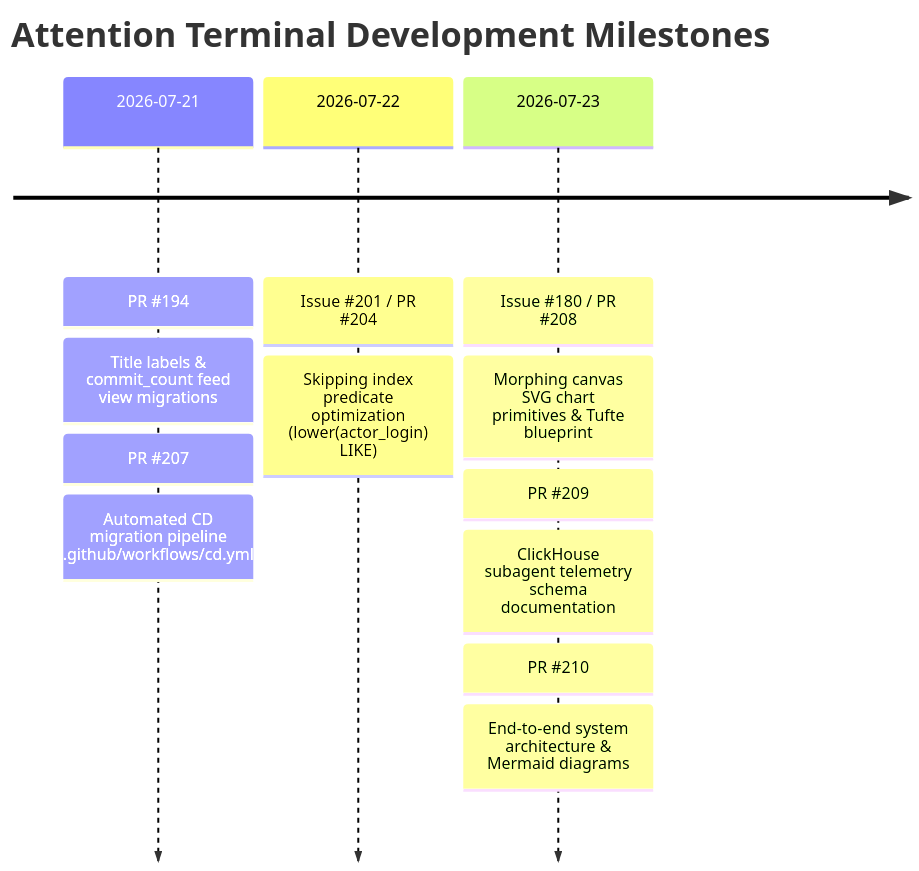
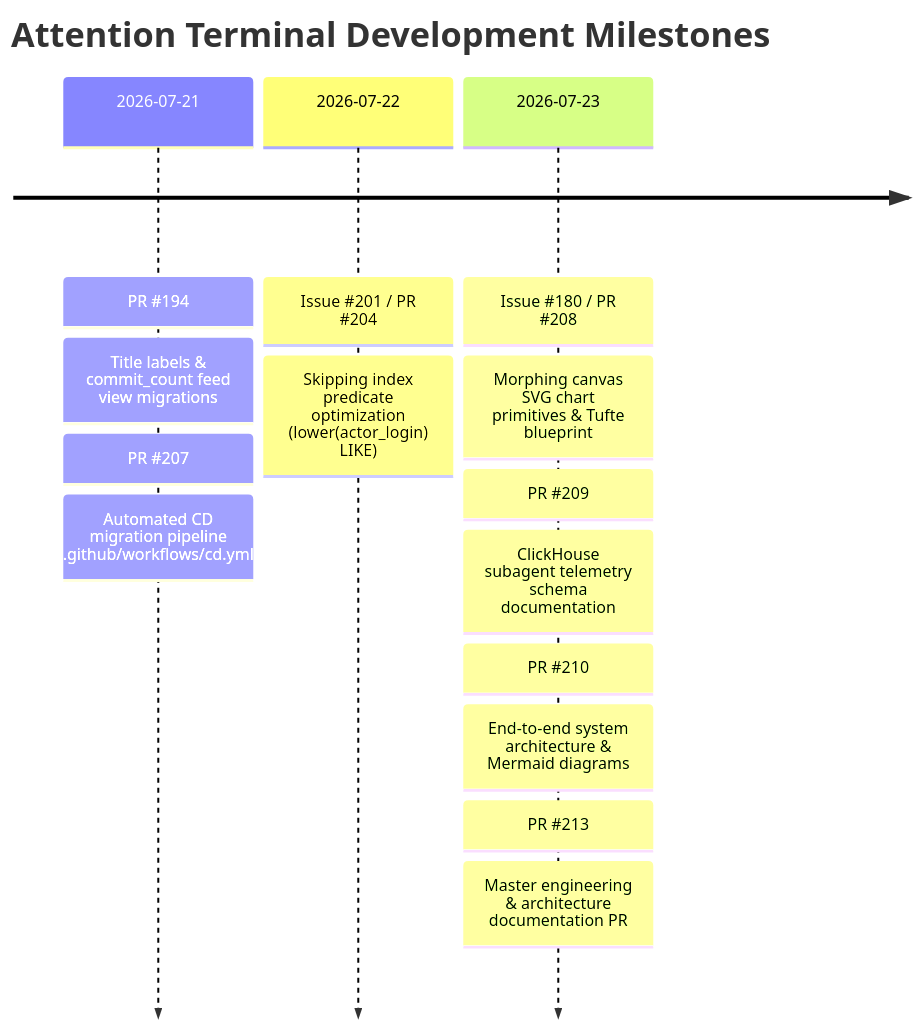
Before and after one commit to victoremnm/attention-terminal: the second of 2 diagrams in docs/product/PRODUCT-VISION-AND-METHODOLOGY.md, drawn with Mermaid. The commit also changed other lines of this file and 1 other file, not shown here.

````diff
--- a/docs/product/PRODUCT-VISION-AND-METHODOLOGY.md
+++ b/docs/product/PRODUCT-VISION-AND-METHODOLOGY.md
@@ -19,10 +69,11 @@
 ```mermaid
 timeline
     title Attention Terminal Development Milestones
     2026-07-21 : PR #194 : Title labels & commit_count feed view migrations
                : PR #207 : Automated CD migration pipeline (.github/workflows/cd.yml)
     2026-07-22 : Issue #201 / PR #204 : Skipping index predicate optimization (lower(actor_login) LIKE)
     2026-07-23 : Issue #180 / PR #208 : Morphing canvas SVG chart primitives & Tufte blueprint
                : PR #209 : ClickHouse subagent telemetry schema documentation
                : PR #210 : End-to-end system architecture & Mermaid diagrams
+               : PR #213 : Master engineering & architecture documentation PR
 ```
````
